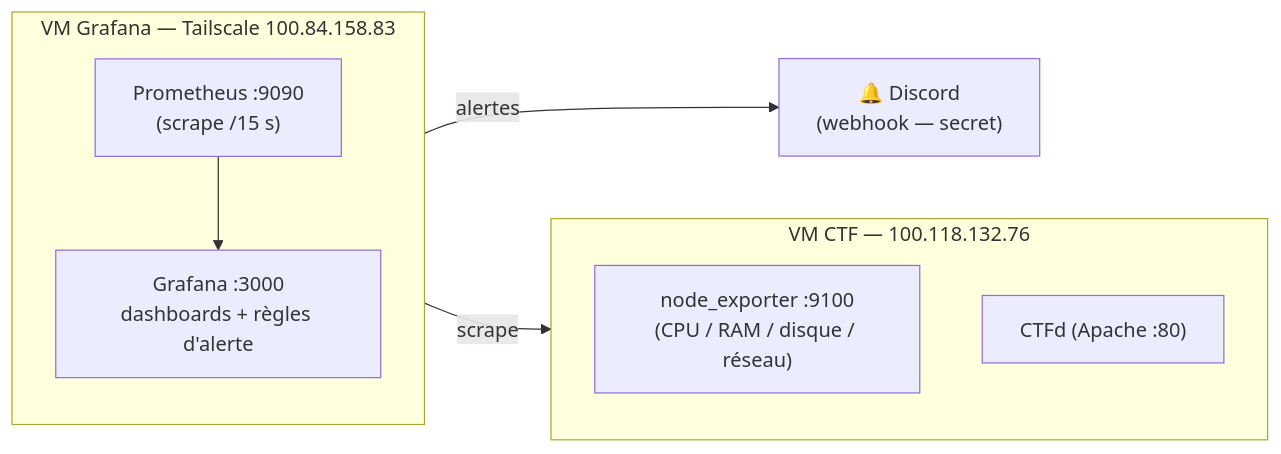
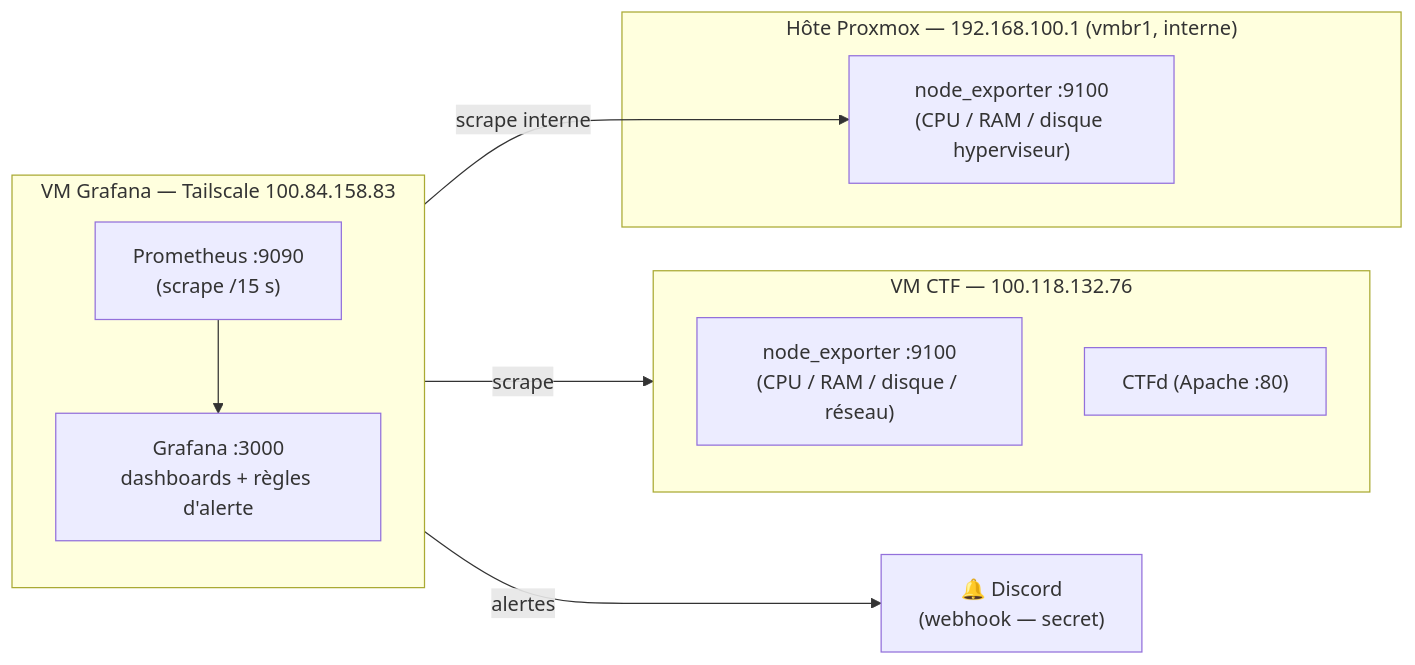
One commit to Jacob-dot-bit/RootMeUp changed the diagram in docs/SUPERVISION.md. Above: the diagram before and after it, drawn with Mermaid. The commit also changed other lines of this file, not shown here.

Commit message:
docs(supervision): ajout de la surveillance de l'hôte Proxmox (node_exporter interne + 3 alertes)

````diff
--- a/docs/SUPERVISION.md
+++ b/docs/SUPERVISION.md
@@ -9,20 +9,25 @@
 ```mermaid
 flowchart LR
     subgraph grafana_vm["VM Grafana — Tailscale 100.84.158.83"]
         direction TB
         prometheus["Prometheus :9090<br/>(scrape /15 s)"]
         grafana["Grafana :3000<br/>dashboards + règles d'alerte"]
         prometheus --> grafana
     end
 
     subgraph ctf_vm["VM CTF — 100.118.132.76"]
         direction TB
         node["node_exporter :9100<br/>(CPU / RAM / disque / réseau)"]
         ctfd["CTFd (Apache :80)"]
     end
 
+    subgraph pve["Hôte Proxmox — 192.168.100.1 (vmbr1, interne)"]
+        pnode["node_exporter :9100<br/>(CPU / RAM / disque hyperviseur)"]
+    end
+
     discord["🔔 Discord<br/>(webhook — secret)"]
 
     prometheus -->|scrape| node
+    prometheus -->|scrape interne| pnode
     grafana -->|alertes| discord
 ```
````
